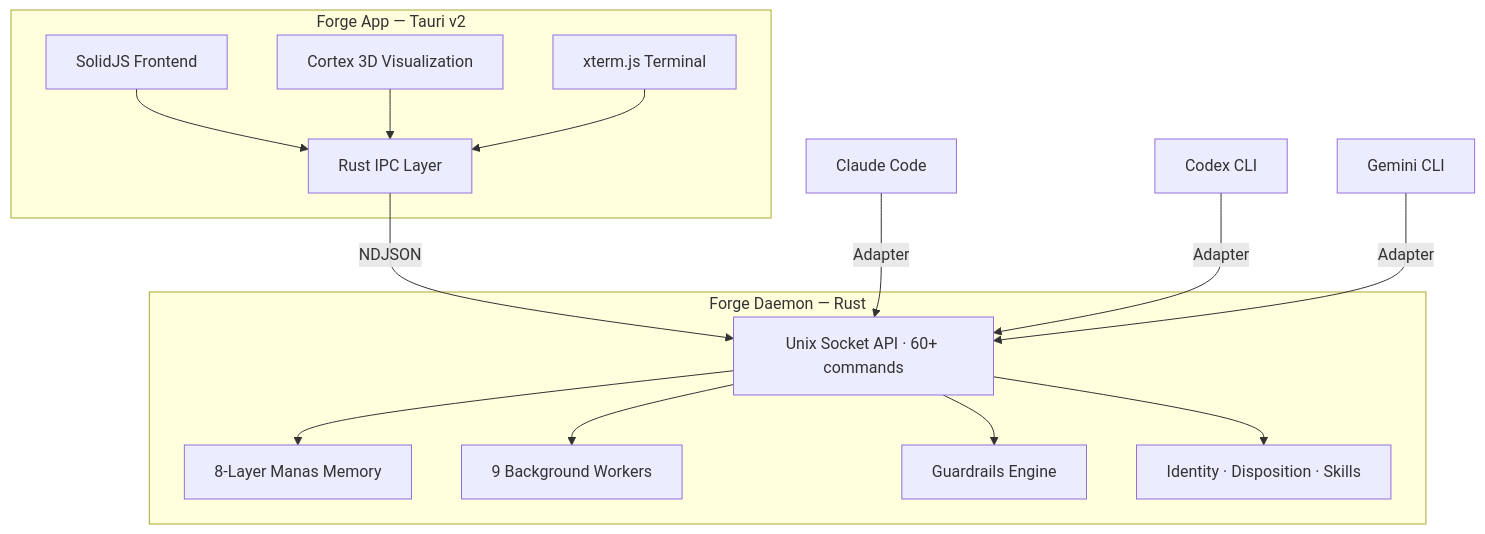
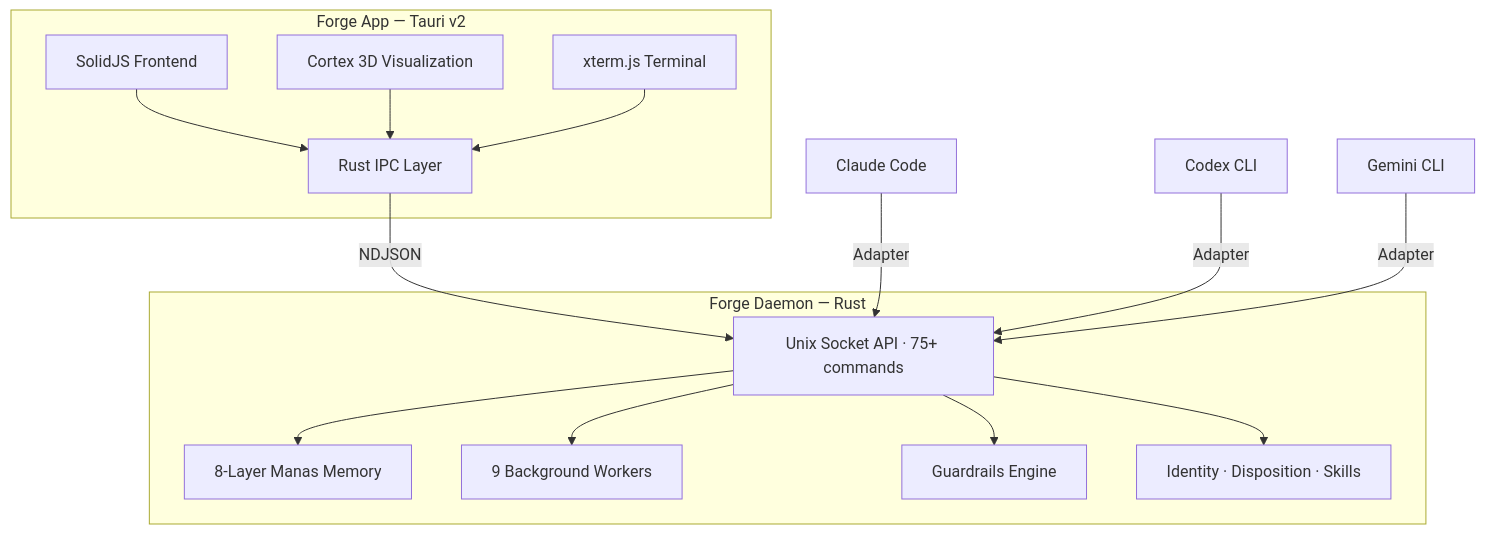
Before and after one commit to chaosmaximus/forge: the diagram in README.md, drawn with Mermaid. The commit also changed other lines of this file and 1 other file, not shown here.

````diff
--- a/README.md
+++ b/README.md
@@ -83,30 +83,30 @@
 ```mermaid
 graph TB
     subgraph App["Forge App — Tauri v2"]
         UI["SolidJS Frontend"]
         Cortex["Cortex 3D Visualization"]
         Terminal["xterm.js Terminal"]
         IPC["Rust IPC Layer"]
     end
 
     subgraph Daemon["Forge Daemon — Rust"]
-        Socket["Unix Socket API · 60+ commands"]
+        Socket["Unix Socket API · 75+ commands"]
         Manas["8-Layer Manas Memory"]
         Workers["9 Background Workers"]
         Guards["Guardrails Engine"]
         Identity["Identity · Disposition · Skills"]
     end
 
     UI --> IPC
     Cortex --> IPC
     Terminal --> IPC
     IPC -->|NDJSON| Socket
     Socket --> Manas
     Socket --> Workers
     Socket --> Guards
     Socket --> Identity
 
     Claude["Claude Code"] -->|Adapter| Socket
     Codex["Codex CLI"] -->|Adapter| Socket
     Gemini["Gemini CLI"] -->|Adapter| Socket
 ```
````
